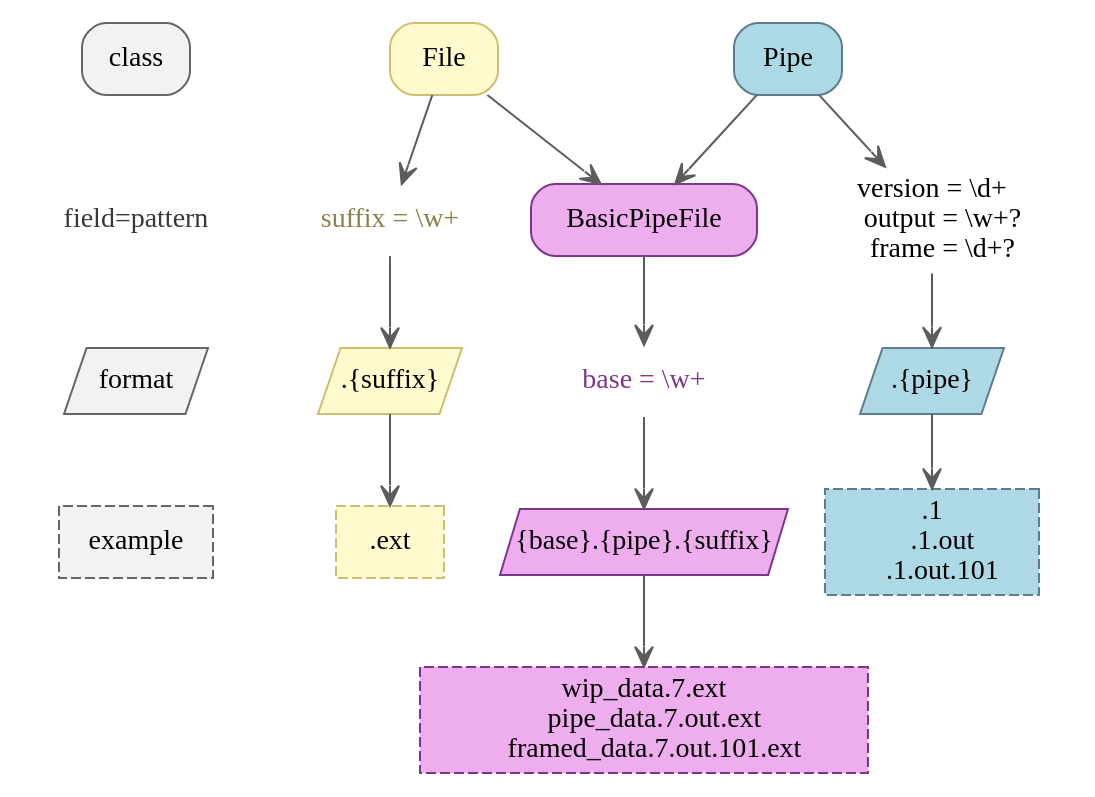
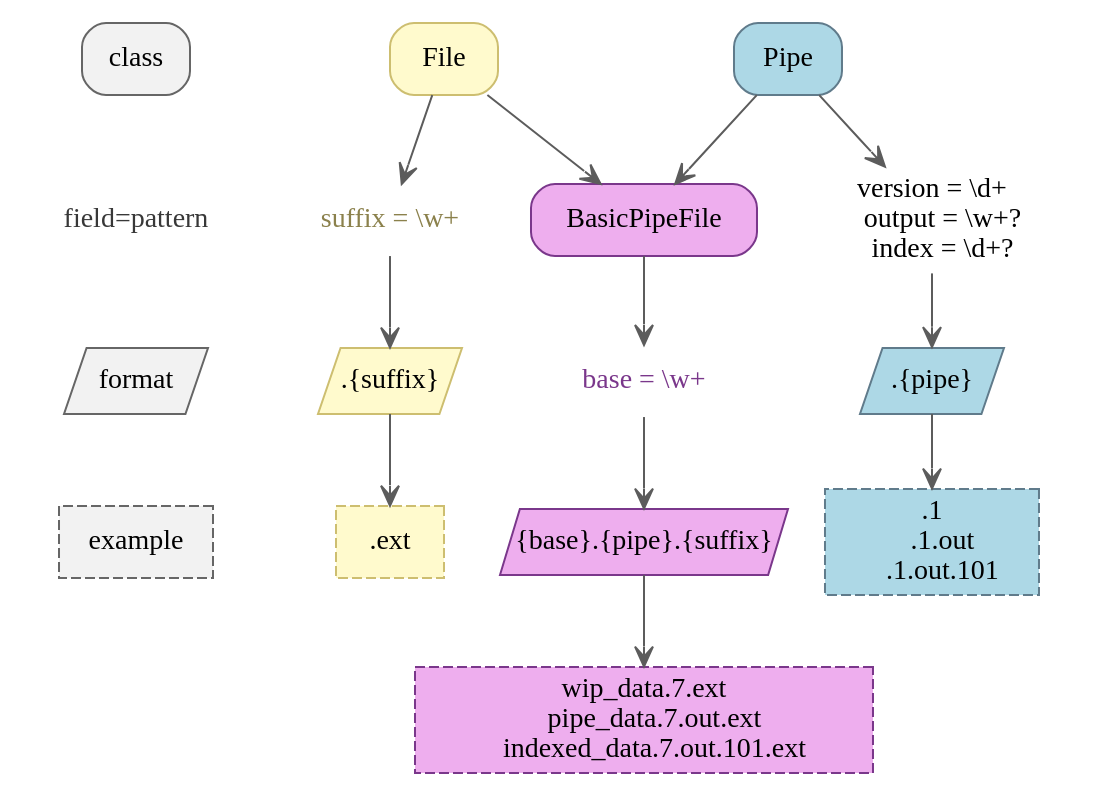
The diagram in docs/source/example.dot (chrizzFTD/naming), drawn with Graphviz before and after one commit. The commit also changed 6 other files, not shown here.

First line of the commit message:
Feature/pipe index instead of frame (#21)

```diff
--- a/docs/source/example.dot
+++ b/docs/source/example.dot
@@ -1,55 +1,55 @@
 strict digraph example {
     // nodes creation, shape and style defined here
     bgcolor=invis
     {
       node [style="rounded, filled" shape=box]
       class, File, Pipe, BasicPipeFile
     }
     {
       node [style=filled margin=0 width=1 height=0.46 shape=polygon fixedsize=true skew=0.4]
       format, file_format, pipe_format, pipefile_format
     }
     {
       node [shape=none]
       config_patterns, file_config_patterns, pipe_config_patterns, pipefile_config_patterns
     }
     {
       node [style="dashed, filled" shape=box]
       example, file_example, pipe_example, pipefile_example
     }
     // connections, labels and color related updates by higher level groups
     subgraph legend {
         edge[style=invis]  // connect with invisible edges to emulate a legend
         class, format, example, config_patterns [color=gray40 fillcolor=gray95]
         config_patterns [label="field=pattern" fontcolor=gray22]
         class -> config_patterns -> format -> example
     }
 
     File, file_format, file_example [color=lightgoldenrod3 fillcolor=lemonchiffon1]
     file_format [label=".{suffix}"]
     file_example [label=".ext"]
     // escape the inverse slash so generated image displays one
     file_config_patterns [label="suffix = \\w+" fontcolor=lightgoldenrod4]
 
     Pipe, pipe_format, pipe_example [color=lightskyblue4 fillcolor=lightblue]
     pipe_format [label=".{pipe}"]
     pipe_example [label=".1
     .1.out
     .1.out.101"]
     pipe_config_patterns [label="version = \\d+
     output = \\w+?
-    frame = \\d+?"]
+    index = \\d+?"]
 
     BasicPipeFile, pipefile_format, pipefile_example [color=mediumorchid4 fillcolor=plum2]
     pipefile_format [skew=0.15 width=2 label="{base}.{pipe}.{suffix}"]
     pipefile_example [label="wip_data.7.ext
     pipe_data.7.out.ext
-    framed_data.7.out.101.ext"]
+    indexed_data.7.out.101.ext"]
     pipefile_config_patterns [label="base = \\w+" fontcolor=mediumorchid4]
 
     edge [color=gray36 arrowhead=vee]
     Pipe ->  pipe_config_patterns -> pipe_format -> pipe_example
     File -> file_config_patterns -> file_format -> file_example
     BasicPipeFile -> pipefile_config_patterns -> pipefile_format -> pipefile_example
     {Pipe, File} -> BasicPipeFile
 }
```
